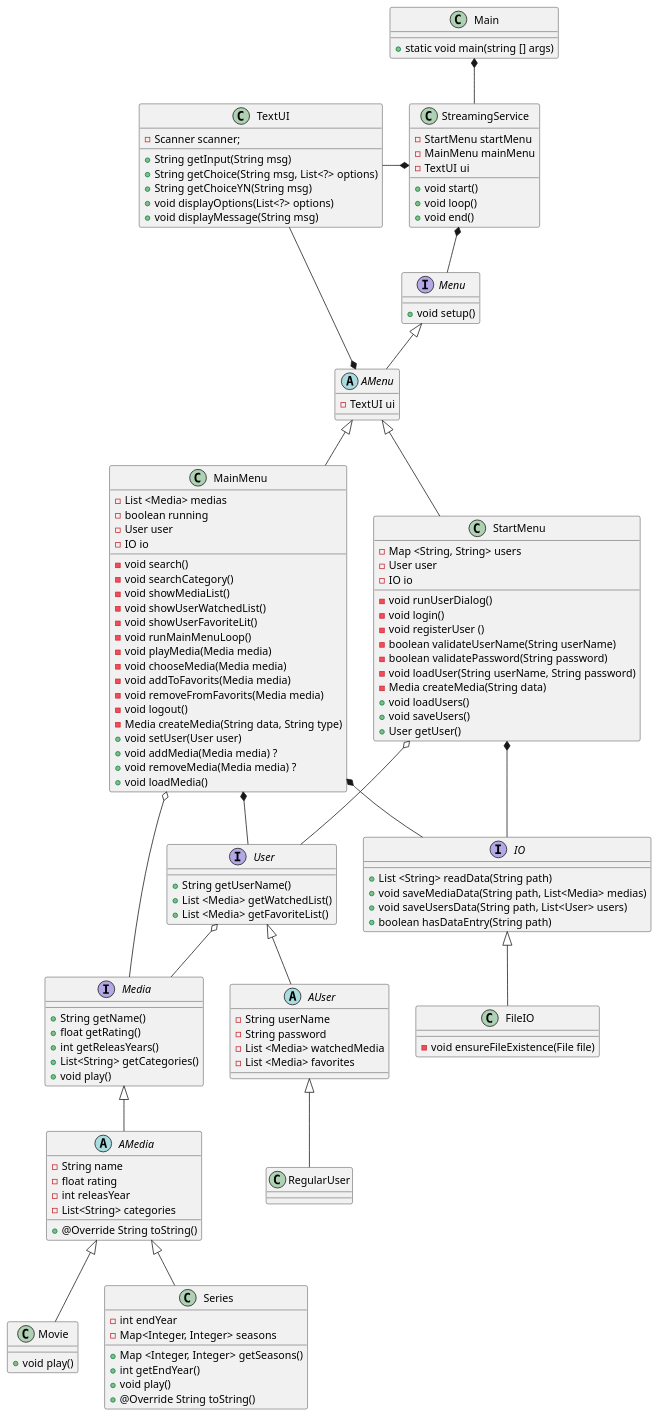
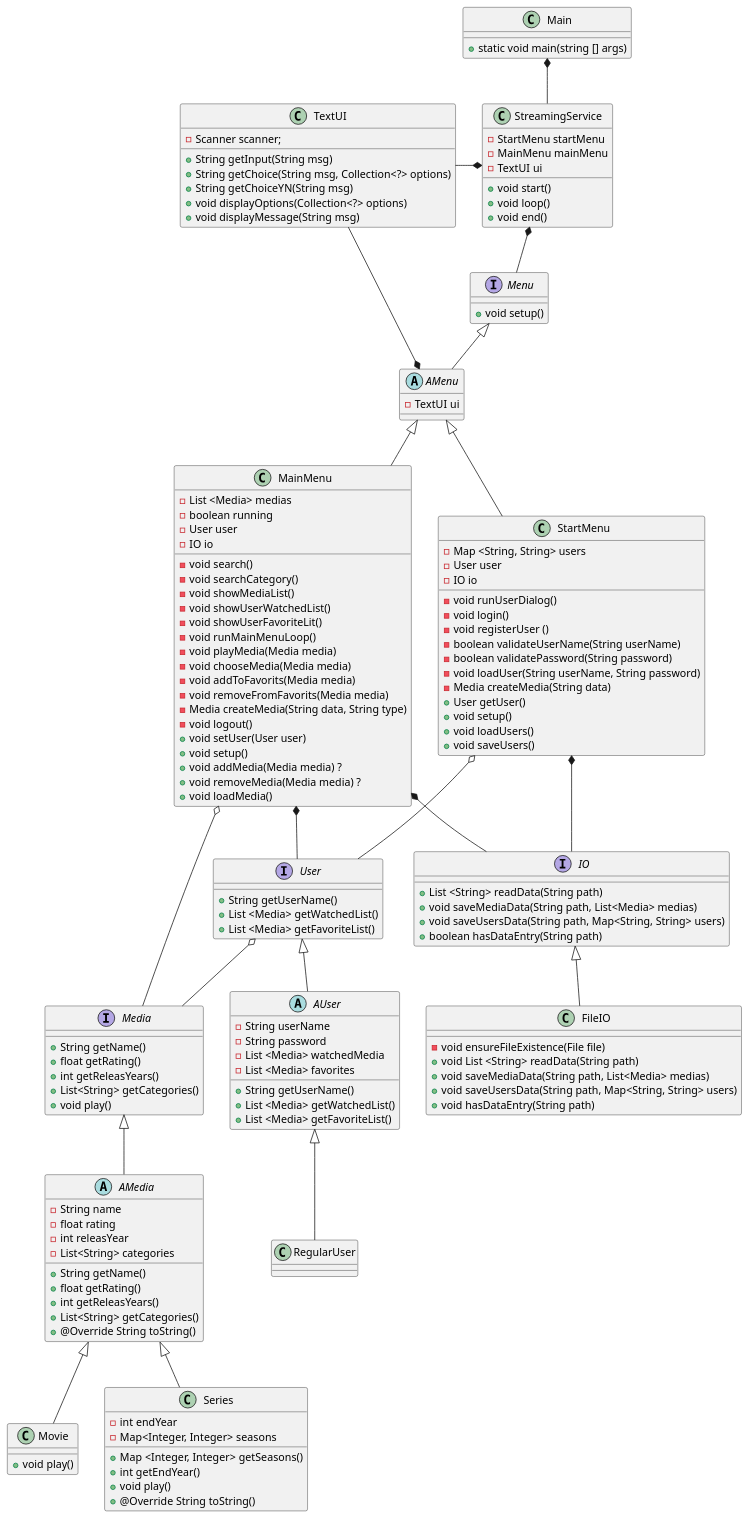
Before and after one commit to Shiihon/SP3_plus: the diagram in doc/dynamic/sequence.puml, drawn with PlantUML.

Commit message:
Update class diagram

```diff
--- a/doc/dynamic/sequence.puml
+++ b/doc/dynamic/sequence.puml
@@ -1,154 +1,167 @@
 @startuml
 class Main
 class StreamingService
 interface Menu
 abstract class AMenu
 class StartMenu
 class MainMenu
 interface User
 abstract class AUser
 class RegularUser
 interface Media
 abstract class AMedia
 class Movie
 class Series
 interface IO
 class FileIO
 class TextUI
 
 Main *-- StreamingService
 StreamingService *-- Menu
 Menu <|-- AMenu
 AMenu <|-- StartMenu
 AMenu <|-- MainMenu
 AMenu *-- TextUI
 StartMenu *-- IO
 MainMenu *-- IO
 IO <|-- FileIO
 StartMenu o-- User
 MainMenu *-- User
 User <|-- AUser
 AUser <|-- RegularUser
 MainMenu o-- Media
 User o-- Media
 Media <|-- AMedia
 AMedia <|-- Movie
 AMedia <|-- Series
 
 
 Main : + static void main(string [] args)
 
 
 StreamingService : - StartMenu startMenu
 StreamingService : - MainMenu mainMenu
 StreamingService : - TextUI ui
 
 StreamingService : + void start()
 StreamingService : + void loop()
 StreamingService : + void end()
 
 
 StreamingService *-l- TextUI
 
 
 Menu : + void setup()
 
 
 AMenu : - TextUI ui
 
 
 StartMenu : - Map <String, String> users
 StartMenu : - User user
 StartMenu : - IO io
 
 StartMenu : - void runUserDialog()
 StartMenu : - void login()
 StartMenu : - void registerUser ()
 StartMenu : - boolean validateUserName(String userName)
 StartMenu : - boolean validatePassword(String password)
 StartMenu : - void loadUser(String userName, String password)
 StartMenu : - Media createMedia(String data)
+StartMenu : + User getUser()
+StartMenu : + void setup()
 StartMenu : + void loadUsers()
 StartMenu : + void saveUsers()
-StartMenu : + User getUser()
 
 
 MainMenu : - List <Media> medias
 MainMenu : - boolean running
 MainMenu : - User user
 MainMenu : - IO io
 
 MainMenu : - void search()
 MainMenu : - void searchCategory()
 MainMenu : - void showMediaList()
 MainMenu : - void showUserWatchedList()
 MainMenu : - void showUserFavoriteLit()
 MainMenu : - void runMainMenuLoop()
 MainMenu : - void playMedia(Media media)
 MainMenu : - void chooseMedia(Media media)
 MainMenu : - void addToFavorits(Media media)
 MainMenu : - void removeFromFavorits(Media media)
+MainMenu : - Media createMedia(String data, String type)
 MainMenu : - void logout()
-MainMenu : - Media createMedia(String data, String type)
 MainMenu : + void setUser(User user)
+MainMenu : + void setup()
 MainMenu : + void addMedia(Media media) ?
 MainMenu : + void removeMedia(Media media) ?
 MainMenu : + void loadMedia()
 
 
 User : + String getUserName()
 User : + List <Media> getWatchedList()
 User : + List <Media> getFavoriteList()
 
 
 AUser : - String userName
 AUser : - String password
 AUser : - List <Media> watchedMedia
 AUser : - List <Media> favorites
+AUser : + String getUserName()
+AUser : + List <Media> getWatchedList()
+AUser : + List <Media> getFavoriteList()
 
 
 Media : + String getName()
 Media : + float getRating()
 Media : + int getReleasYears()
 Media : + List<String> getCategories()
 Media : + void play()
 
 
 AMedia : - String name
 AMedia : - float rating
 AMedia : - int releasYear
 AMedia : - List<String> categories
 
+AMedia : + String getName()
+AMedia : + float getRating()
+AMedia : + int getReleasYears()
+AMedia : + List<String> getCategories()
 AMedia : + @Override String toString()
 
 
 Series : - int endYear
 Series : - Map<Integer, Integer> seasons
 Series : + Map <Integer, Integer> getSeasons()
 
 Series : + int getEndYear()
 Series : + void play()
 Series : + @Override String toString()
 
 
 Movie : + void play()
 
 
 IO : + List <String> readData(String path)
 IO : + void saveMediaData(String path, List<Media> medias)
-IO : + void saveUsersData(String path, List<User> users)
+IO : + void saveUsersData(String path, Map<String, String> users)
 IO : + boolean hasDataEntry(String path)
 
 
 FileIO : - void ensureFileExistence(File file)
+FileIO : + void List <String> readData(String path)
+FileIO : + void saveMediaData(String path, List<Media> medias)
+FileIO : + void saveUsersData(String path, Map<String, String> users)
+FileIO : + void hasDataEntry(String path)
 
 
 TextUI : - Scanner scanner;
 
 TextUI : + String getInput(String msg)
-TextUI : + String getChoice(String msg, List<?> options)
+TextUI : + String getChoice(String msg, Collection<?> options)
 TextUI : + String getChoiceYN(String msg)
-TextUI : + void displayOptions(List<?> options)
+TextUI : + void displayOptions(Collection<?> options)
 TextUI : + void displayMessage(String msg)
 
 @enduml
```
